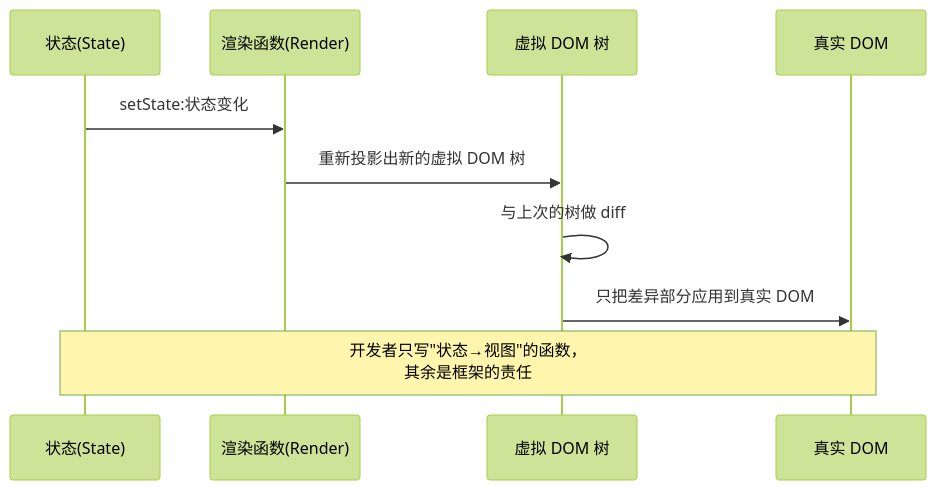
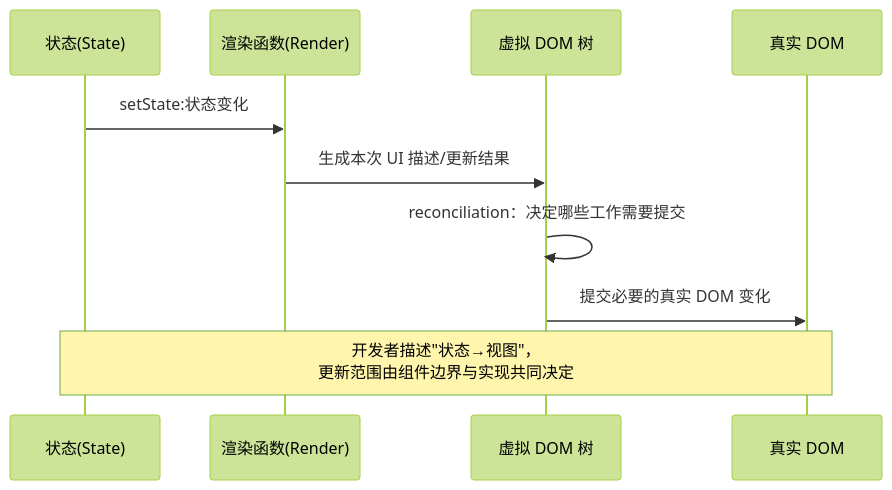
The second of 3 diagrams in content/posts/frontend-framework-history.md (MoreConsequence/MoreConsequence.github.io), drawn with Mermaid (forest theme) before and after one commit. The commit also changed other lines of this file and 263 other files, not shown here.

````diff
--- a/content/posts/frontend-framework-history.md
+++ b/content/posts/frontend-framework-history.md
@@ -48,13 +48,13 @@
 ```mermaid
 sequenceDiagram
     participant S as 状态(State)
     participant F as 渲染函数(Render)
     participant V as 虚拟 DOM 树
     participant D as 真实 DOM
 
     S->>F: setState:状态变化
-    F->>V: 重新投影出新的虚拟 DOM 树
-    V->>V: 与上次的树做 diff
-    V->>D: 只把差异部分应用到真实 DOM
-    Note over S,D: 开发者只写"状态→视图"的函数，<br/>其余是框架的责任
+    F->>V: 生成本次 UI 描述/更新结果
+    V->>V: reconciliation：决定哪些工作需要提交
+    V->>D: 提交必要的真实 DOM 变化
+    Note over S,D: 开发者描述"状态→视图"，<br/>更新范围由组件边界与实现共同决定
 ```
````
